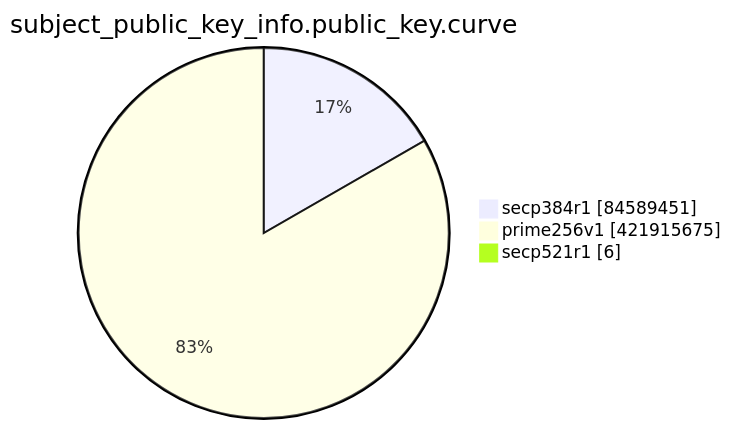
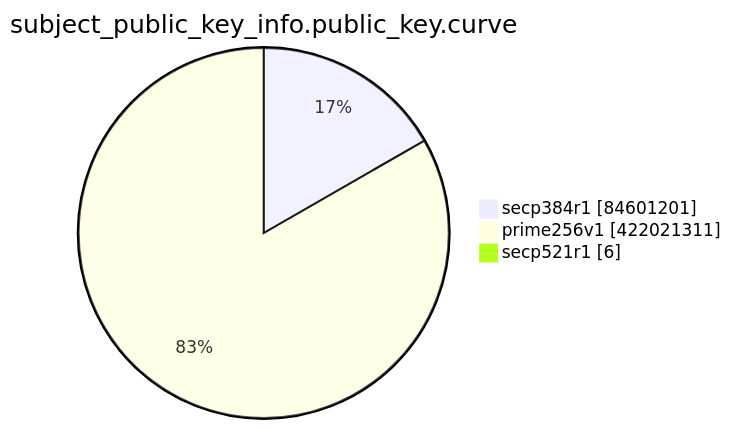
The eighth of 15 diagrams in TOTAL/README.md (christiankrug/ctmonitor_visualization), drawn with Mermaid before and after one commit. The commit also changed other lines of this file, not shown here.

````diff
--- a/TOTAL/README.md
+++ b/TOTAL/README.md
@@ -3099,7 +3099,7 @@
 ```mermaid
 pie showData
 title subject_public_key_info.public_key.curve
-"secp384r1" :84589451
-"prime256v1" :421915675
+"secp384r1" :84601201
+"prime256v1" :422021311
 "secp521r1" :6
 ```
````
